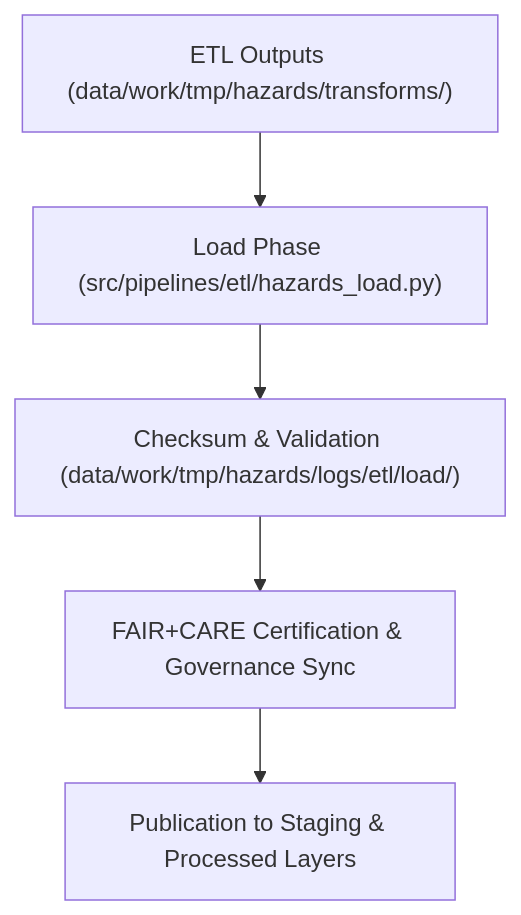
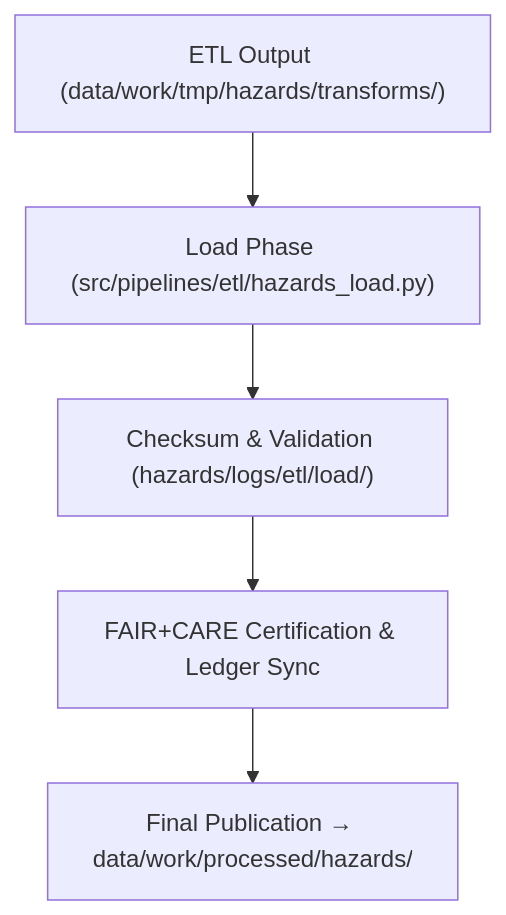
Before and after one commit to bartytime4life/Kansas-Frontier-Matrix: the diagram in data/work/tmp/hazards/logs/etl/load/README.md, drawn with Mermaid. The commit also changed other lines of this file, not shown here.

````diff
--- a/data/work/tmp/hazards/logs/etl/load/README.md
+++ b/data/work/tmp/hazards/logs/etl/load/README.md
@@ -64,7 +65,7 @@
 ```mermaid
 flowchart TD
-    A["ETL Outputs (data/work/tmp/hazards/transforms/)"] --> B["Load Phase (src/pipelines/etl/hazards_load.py)"]
-    B --> C["Checksum & Validation (data/work/tmp/hazards/logs/etl/load/)"]
-    C --> D["FAIR+CARE Certification & Governance Sync"]
-    D --> E["Publication to Staging & Processed Layers"]
+    A["ETL Output (data/work/tmp/hazards/transforms/)"] --> B["Load Phase (src/pipelines/etl/hazards_load.py)"]
+    B --> C["Checksum & Validation (hazards/logs/etl/load/)"]
+    C --> D["FAIR+CARE Certification & Ledger Sync"]
+    D --> E["Final Publication → data/work/processed/hazards/"]
 ```
````
